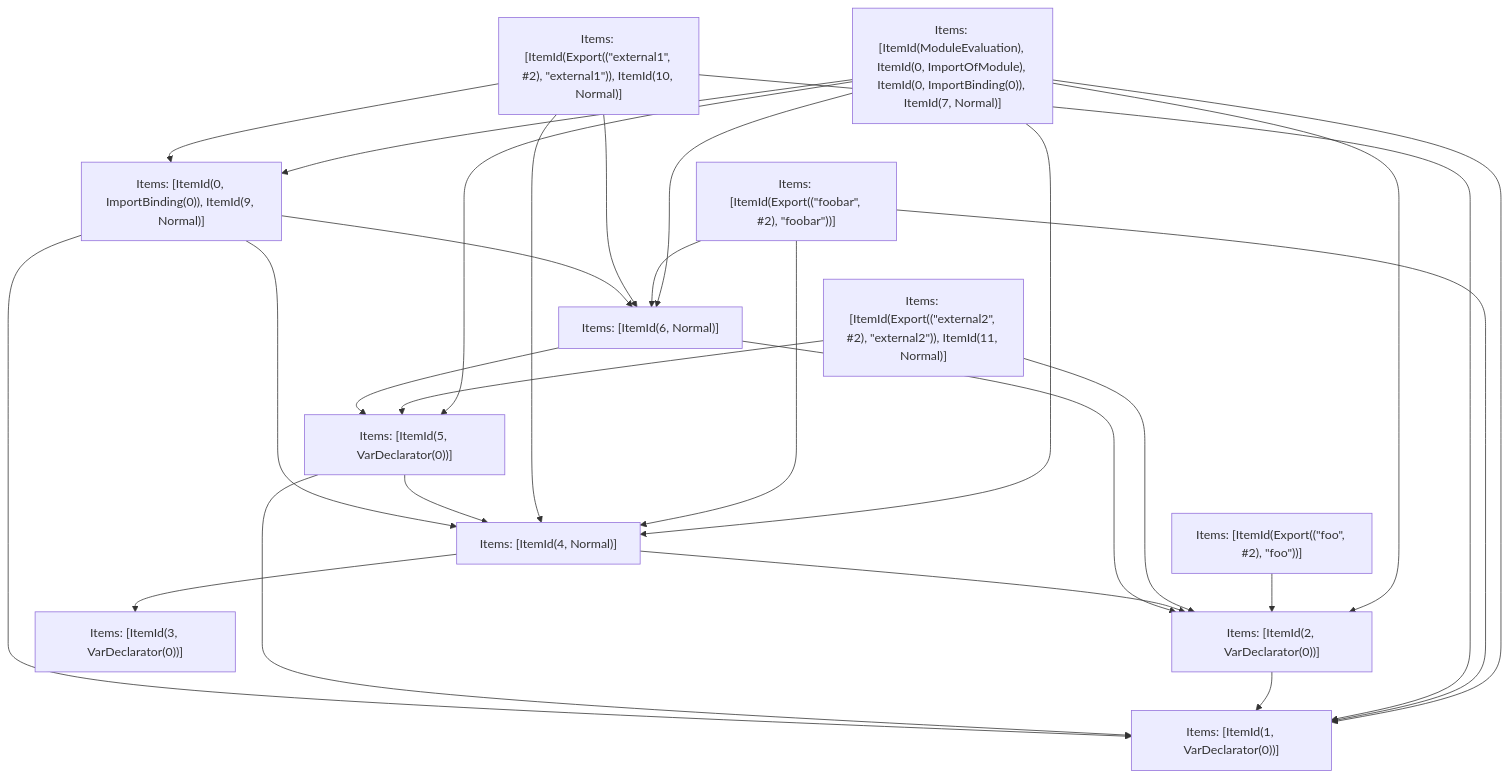
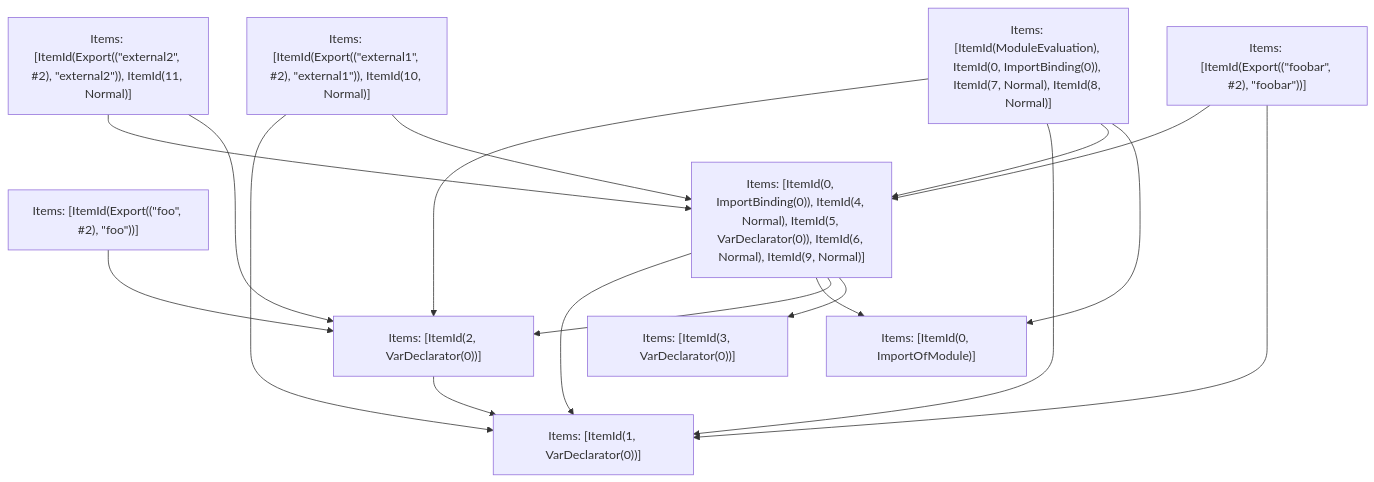
Before and after one commit to vercel/turborepo: the fifth of 5 diagrams in crates/turbopack-ecmascript/tests/tree-shaker/analyzer/1/output.md, drawn with Mermaid. The commit also changed other lines of this file and 3 other files, not shown here.

````diff
--- a/crates/turbopack-ecmascript/tests/tree-shaker/analyzer/1/output.md
+++ b/crates/turbopack-ecmascript/tests/tree-shaker/analyzer/1/output.md
@@ -332,41 +384,29 @@
 ```mermaid
 graph TD
-    N0["Items: [ItemId(ModuleEvaluation), ItemId(0, ImportOfModule), ItemId(0, ImportBinding(0)), ItemId(7, Normal)]"];
+    N0["Items: [ItemId(ModuleEvaluation), ItemId(0, ImportBinding(0)), ItemId(7, Normal), ItemId(8, Normal)]"];
     N1["Items: [ItemId(Export((&quot;foobar&quot;, #2), &quot;foobar&quot;))]"];
     N2["Items: [ItemId(Export((&quot;foo&quot;, #2), &quot;foo&quot;))]"];
     N3["Items: [ItemId(Export((&quot;external1&quot;, #2), &quot;external1&quot;)), ItemId(10, Normal)]"];
     N4["Items: [ItemId(Export((&quot;external2&quot;, #2), &quot;external2&quot;)), ItemId(11, Normal)]"];
-    N5["Items: [ItemId(1, VarDeclarator(0))]"];
-    N6["Items: [ItemId(2, VarDeclarator(0))]"];
-    N7["Items: [ItemId(3, VarDeclarator(0))]"];
-    N8["Items: [ItemId(4, Normal)]"];
-    N9["Items: [ItemId(5, VarDeclarator(0))]"];
-    N10["Items: [ItemId(6, Normal)]"];
-    N11["Items: [ItemId(0, ImportBinding(0)), ItemId(9, Normal)]"];
-    N0 --> N9;
-    N0 --> N11;
+    N5["Items: [ItemId(0, ImportBinding(0)), ItemId(4, Normal), ItemId(5, VarDeclarator(0)), ItemId(6, Normal), ItemId(9, Normal)]"];
+    N6["Items: [ItemId(0, ImportOfModule)]"];
+    N7["Items: [ItemId(1, VarDeclarator(0))]"];
+    N8["Items: [ItemId(2, VarDeclarator(0))]"];
+    N9["Items: [ItemId(3, VarDeclarator(0))]"];
+    N0 --> N6;
     N0 --> N5;
+    N0 --> N7;
     N0 --> N8;
-    N0 --> N10;
-    N0 --> N6;
+    N1 --> N7;
     N1 --> N5;
-    N1 --> N8;
-    N1 --> N10;
-    N2 --> N6;
-    N3 --> N11;
+    N2 --> N8;
     N3 --> N5;
-    N3 --> N8;
-    N3 --> N10;
-    N4 --> N6;
-    N4 --> N9;
-    N6 --> N5;
+    N3 --> N7;
+    N4 --> N8;
+    N4 --> N5;
+    N5 --> N9;
+    N5 --> N8;
+    N5 --> N6;
+    N5 --> N7;
     N8 --> N7;
-    N8 --> N6;
-    N9 --> N5;
-    N9 --> N8;
-    N10 --> N6;
-    N10 --> N9;
-    N11 --> N5;
-    N11 --> N8;
-    N11 --> N10;
 ```
````
